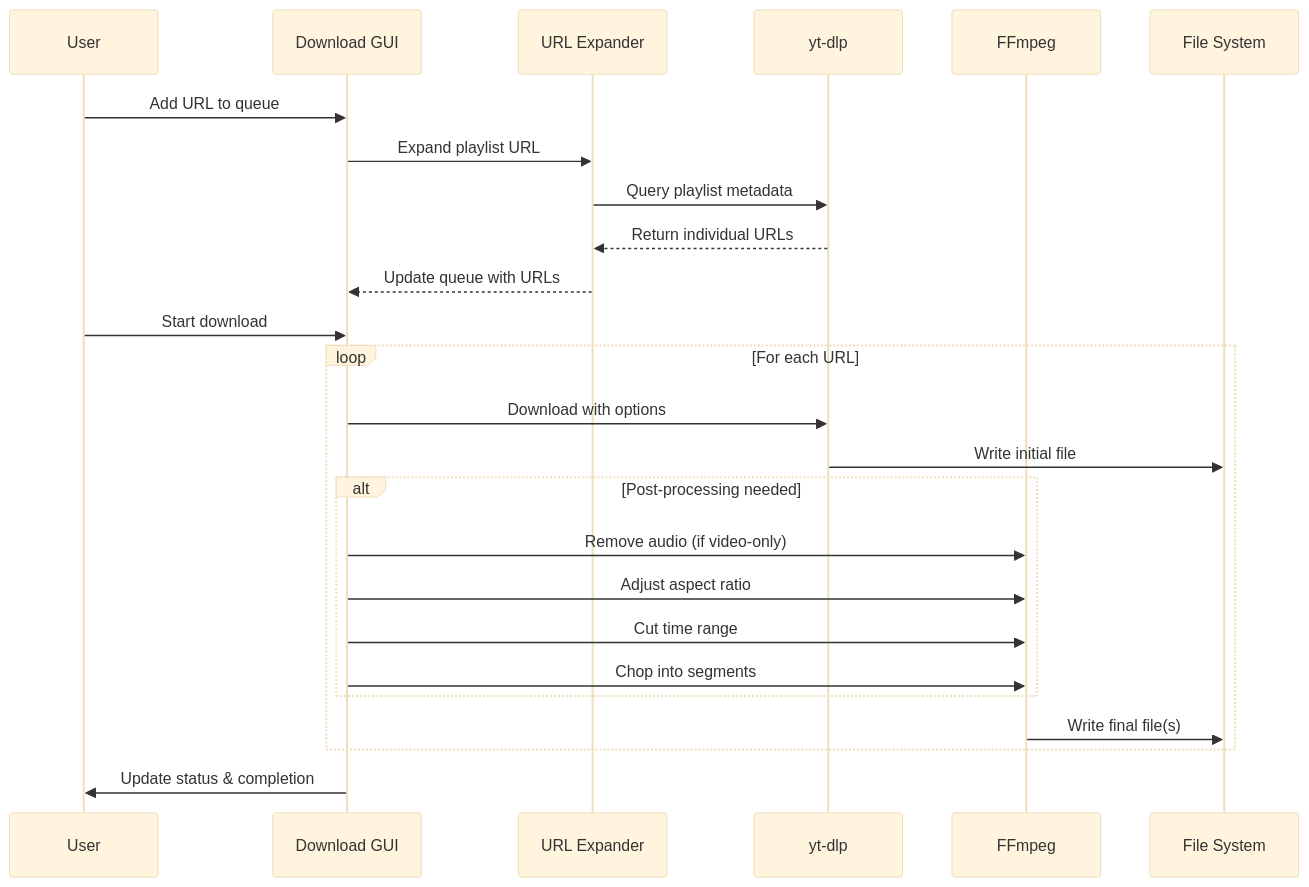
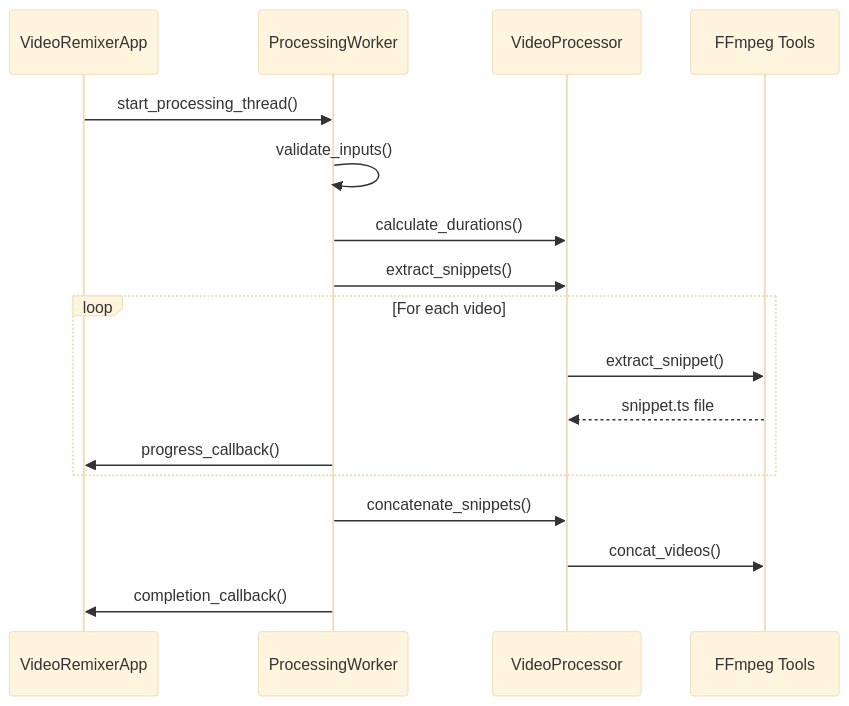
One commit to blakedemarest/BEDROT-Media-Suite changed the fourth of 15 diagrams in ARCHITECTURE_DOCUMENTATION.md. Above: the diagram before and after it, drawn with Mermaid (base theme). The commit also changed other lines of this file and 54 other files, not shown here.

````diff
--- a/ARCHITECTURE_DOCUMENTATION.md
+++ b/ARCHITECTURE_DOCUMENTATION.md
@@ -168,29 +267,22 @@
 ```mermaid
 sequenceDiagram
-    participant U as User
-    participant GUI as Download GUI
-    participant E as URL Expander
-    participant YT as yt-dlp
-    participant FF as FFmpeg
-    participant FS as File System
+    participant GUI as VideoRemixerApp
+    participant Worker as ProcessingWorker
+    participant Processor as VideoProcessor
+    participant FFmpeg as FFmpeg Tools
     
-    U->>GUI: Add URL to queue
-    GUI->>E: Expand playlist URL
-    E->>YT: Query playlist metadata
-    YT-->>E: Return individual URLs
-    E-->>GUI: Update queue with URLs
+    GUI->>Worker: start_processing_thread()
+    Worker->>Worker: validate_inputs()
+    Worker->>Processor: calculate_durations()
+    Worker->>Processor: extract_snippets()
     
-    U->>GUI: Start download
-    loop For each URL
-        GUI->>YT: Download with options
-        YT->>FS: Write initial file
-        alt Post-processing needed
-            GUI->>FF: Remove audio (if video-only)
-            GUI->>FF: Adjust aspect ratio
-            GUI->>FF: Cut time range
-            GUI->>FF: Chop into segments
-        end
-        FF->>FS: Write final file(s)
+    loop For each video
+        Processor->>FFmpeg: extract_snippet()
+        FFmpeg-->>Processor: snippet.ts file
+        Worker->>GUI: progress_callback()
     end
-    GUI->>U: Update status & completion
+    
+    Worker->>Processor: concatenate_snippets()
+    Processor->>FFmpeg: concat_videos()
+    Worker->>GUI: completion_callback()
 ```
````
